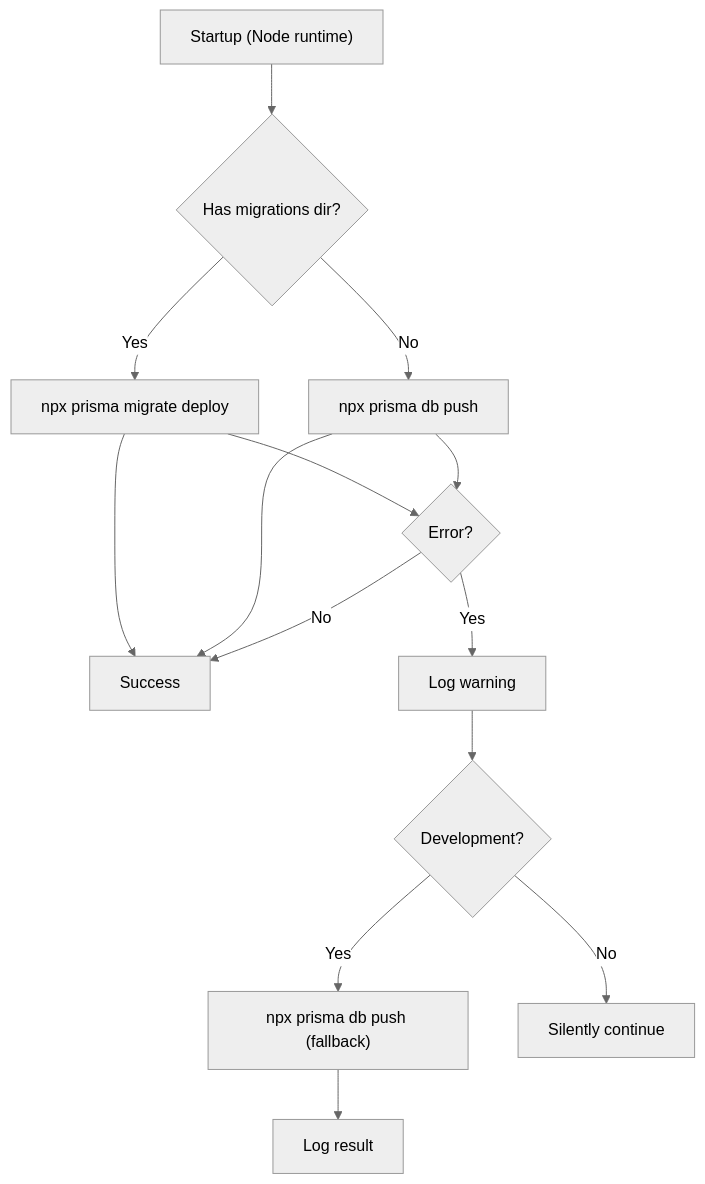
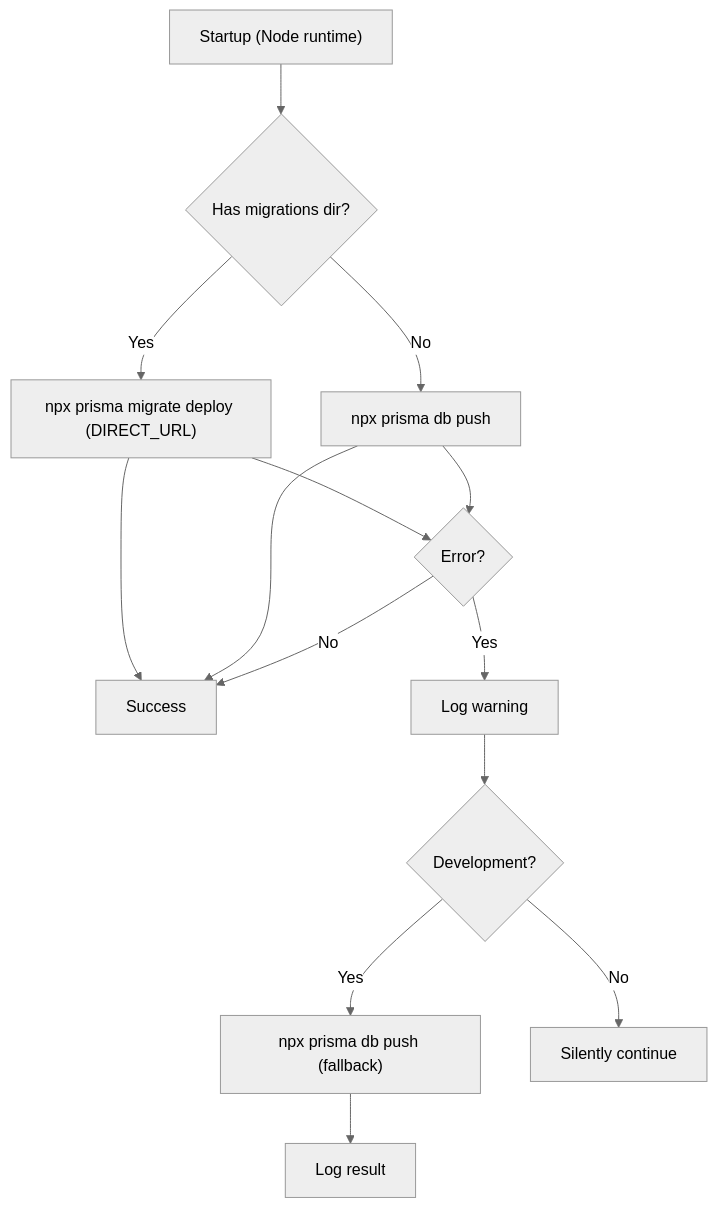
Before and after one commit to AlexKutz/math-app-next-js: the fifth of 11 diagrams in .qoder/repowiki/en/content/Architecture & Design/Database Design & Integration.md, drawn with Mermaid (neutral theme). The commit also changed other lines of this file and 9 other files, not shown here.

````diff
--- a/.qoder/repowiki/en/content/Architecture & Design/Database Design & Integration.md
+++ b/.qoder/repowiki/en/content/Architecture & Design/Database Design & Integration.md
@@ -277,16 +323,16 @@
 ```mermaid
 flowchart TD
 A["Startup (Node runtime)"] --> B{"Has migrations dir?"}
-B --> |Yes| C["npx prisma migrate deploy"]
+B --> |Yes| C["npx prisma migrate deploy (DIRECT_URL)"]
 B --> |No| D["npx prisma db push"]
 C --> E["Success"]
 D --> E
 C --> F{"Error?"}
 D --> F
 F --> |Yes| G["Log warning"]
 F --> |No| E
 G --> H{"Development?"}
 H --> |Yes| I["npx prisma db push (fallback)"]
 H --> |No| J["Silently continue"]
 I --> K["Log result"]
 ```
````
